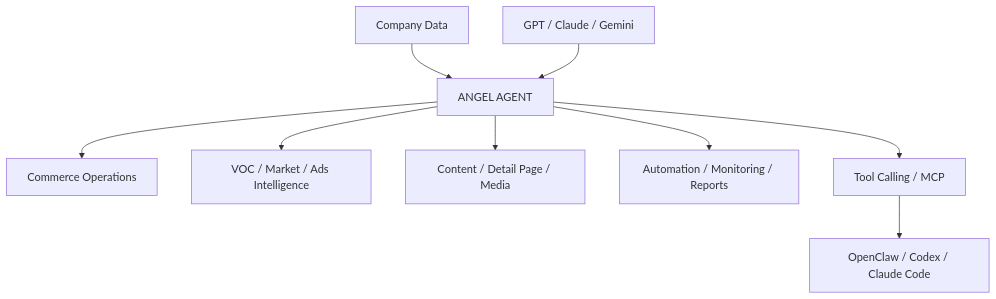
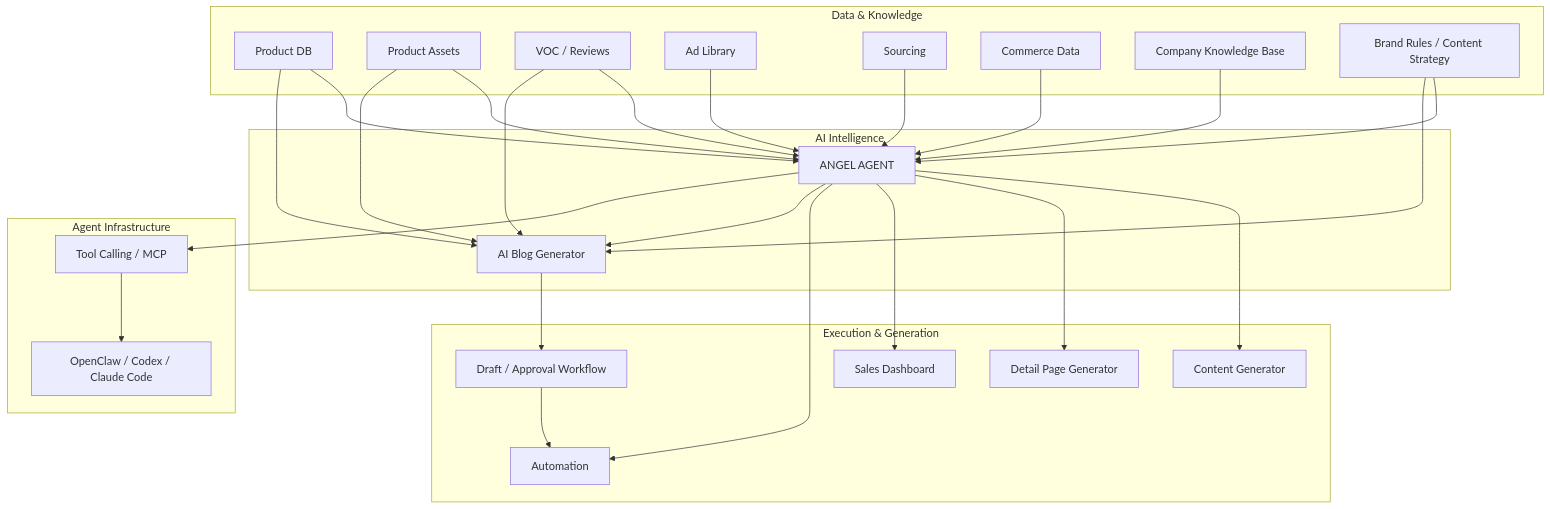
Before and after one commit to leejungwu/angel-agent: the diagram in README.md, drawn with Mermaid. The commit also changed other lines of this file and 1 other file, not shown here.

Commit message:
docs: update README and roadmap

````diff
--- a/README.md
+++ b/README.md
@@ -56,17 +321,58 @@
 ```mermaid
 flowchart TD
-    DATA[Company Data]
-    AI[GPT / Claude / Gemini]
-    CORE[ANGEL AGENT]
 
-    DATA --> CORE
-    AI --> CORE
+    subgraph DATA[Data & Knowledge]
+        P[Product DB]
+        PA[Product Assets]
+        V[VOC / Reviews]
+        A[Ad Library]
+        S[Sourcing]
+        C[Commerce Data]
+        K[Company Knowledge Base]
+        B[Brand Rules / Content Strategy]
+    end
 
-    CORE --> OPS[Commerce Operations]
-    CORE --> INTEL[VOC / Market / Ads Intelligence]
-    CORE --> GEN[Content / Detail Page / Media]
-    CORE --> AUTO[Automation / Monitoring / Reports]
+    subgraph INTELLIGENCE[AI Intelligence]
+        AGENT[ANGEL AGENT]
+        BLOG[AI Blog Generator]
+    end
 
-    CORE --> MCP[Tool Calling / MCP]
-    MCP --> EXT[OpenClaw / Codex / Claude Code]
+    subgraph OUTPUT[Execution & Generation]
+        CONTENT[Content Generator]
+        DETAIL[Detail Page Generator]
+        SALES[Sales Dashboard]
+        AUTO[Automation]
+        DRAFT[Draft / Approval Workflow]
+    end
+
+    subgraph INFRA[Agent Infrastructure]
+        TOOLS[Tool Calling / MCP]
+        CLIENTS[OpenClaw / Codex / Claude Code]
+    end
+
+    P --> AGENT
+    PA --> AGENT
+    V --> AGENT
+    A --> AGENT
+    S --> AGENT
+    C --> AGENT
+    K --> AGENT
+    B --> AGENT
+
+    AGENT --> CONTENT
+    AGENT --> DETAIL
+    AGENT --> SALES
+    AGENT --> AUTO
+    AGENT --> BLOG
+
+    P --> BLOG
+    PA --> BLOG
+    V --> BLOG
+    B --> BLOG
+
+    BLOG --> DRAFT
+    DRAFT --> AUTO
+
+    AGENT --> TOOLS
+    TOOLS --> CLIENTS
 ```
````
